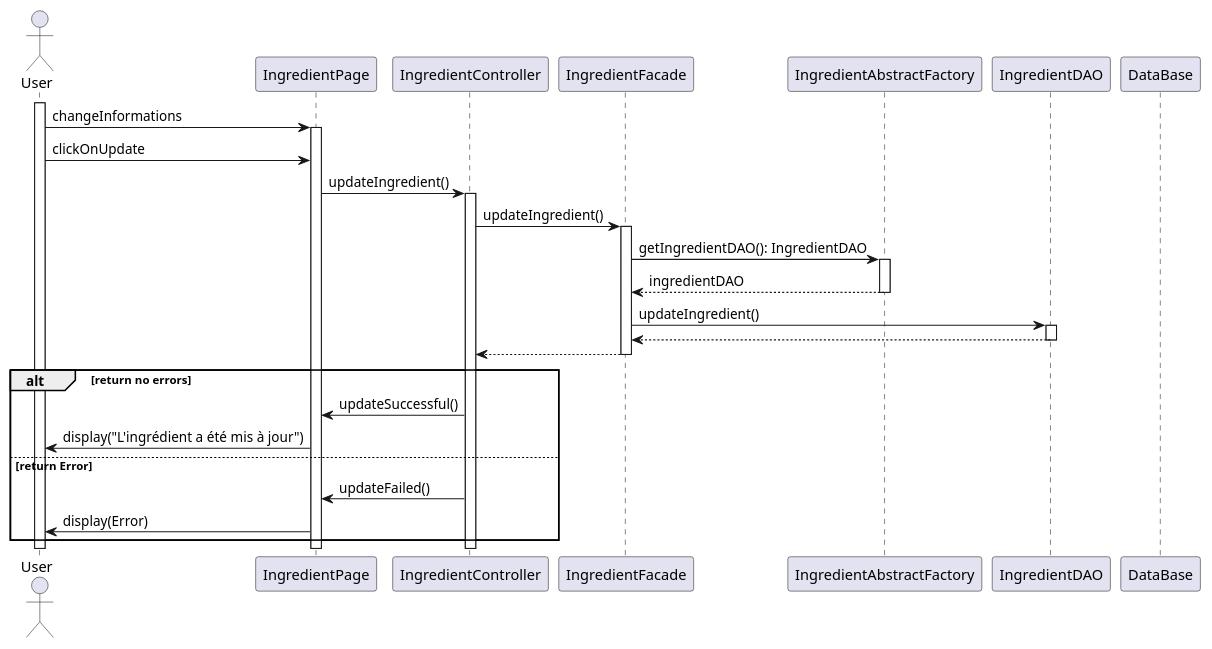
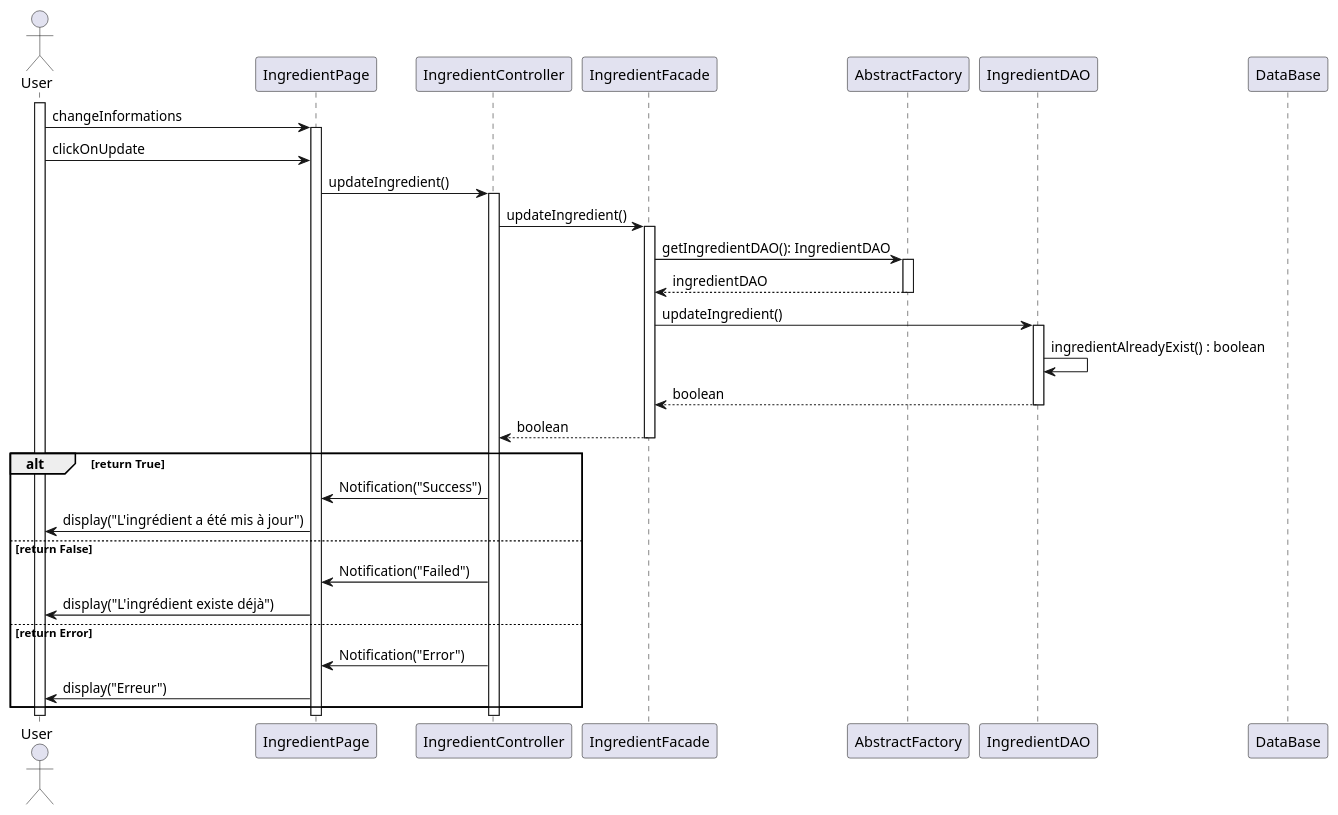
Before and after one commit to iusildra/WineCellar: the diagram in doc/reports/prototype/plantuml/IngredientManagement/updateIngredientSequence.plantuml, drawn with PlantUML. The commit also changed 3 other files, not shown here.

Commit message:
correctif imageView + diagramme class

```diff
--- a/doc/reports/prototype/plantuml/IngredientManagement/updateIngredientSequence.plantuml
+++ b/doc/reports/prototype/plantuml/IngredientManagement/updateIngredientSequence.plantuml
@@ -1,38 +1,44 @@
 @startuml UpdateIngredient
 skinparam responseMessageBelowArrow true
 
 actor User
 participant IngredientPage
 participant IngredientController
 participant IngredientFacade
-participant IngredientAbstractFactory
+participant AbstractFactory
 participant IngredientDAO
 participant DataBase
 
 activate User
 
 User -> IngredientPage++ : changeInformations
 User -> IngredientPage : clickOnUpdate
 
 IngredientPage -> IngredientController++ : updateIngredient()
 
 IngredientController -> IngredientFacade++ : updateIngredient()
 
-IngredientFacade -> IngredientAbstractFactory++ : getIngredientDAO(): IngredientDAO
+IngredientFacade -> AbstractFactory++ : getIngredientDAO(): IngredientDAO
 return ingredientDAO
 IngredientFacade -> IngredientDAO++ : updateIngredient()
-return
-return
+IngredientDAO -> IngredientDAO : ingredientAlreadyExist() : boolean
+return boolean
+return boolean
 
-alt return no errors
-  IngredientController -> IngredientPage : updateSuccessful()
+alt return True
+  IngredientController -> IngredientPage : Notification("Success")
 
   IngredientPage -> User : display("L'ingrédient a été mis à jour")
 
+else return False
+  IngredientController -> IngredientPage : Notification("Failed")
+
+  IngredientPage -> User : display("L'ingrédient existe déjà")
+
 else return Error
-  IngredientController -> IngredientPage : updateFailed()
+IngredientController -> IngredientPage : Notification("Error")
 
-  IngredientPage -> User : display(Error)
+IngredientPage -> User : display("Erreur")
 end
 
 @enduml
```
